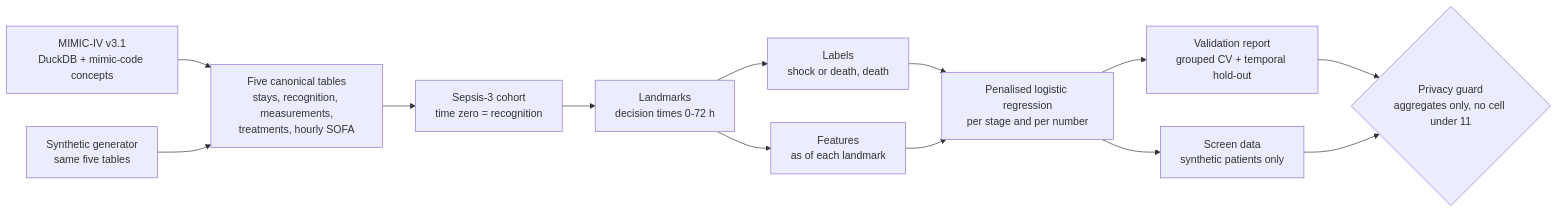
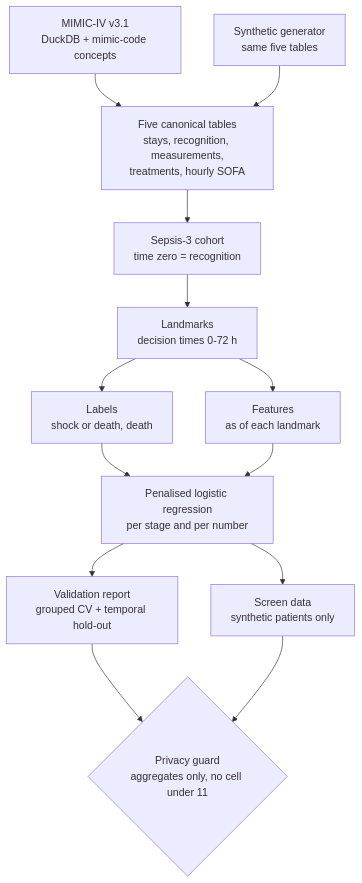
Before and after one commit to jhoonyum/sepsis-decision-support: the diagram in README.md, drawn with Mermaid. The commit also changed other lines of this file, not shown here.

````diff
--- a/README.md
+++ b/README.md
@@ -29,15 +29,15 @@
 ```mermaid
-flowchart LR
+flowchart TB
     A[MIMIC-IV v3.1<br/>DuckDB + mimic-code concepts] --> B[Five canonical tables<br/>stays, recognition, measurements,<br/>treatments, hourly SOFA]
     S[Synthetic generator<br/>same five tables] --> B
     B --> C[Sepsis-3 cohort<br/>time zero = recognition]
     C --> D[Landmarks<br/>decision times 0-72 h]
     D --> E[Labels<br/>shock or death, death]
     D --> F[Features<br/>as of each landmark]
     E --> G[Penalised logistic regression<br/>per stage and per number]
     F --> G
     G --> H[Validation report<br/>grouped CV + temporal hold-out]
     G --> I[Screen data<br/>synthetic patients only]
     H --> J{Privacy guard<br/>aggregates only, no cell under 11}
     I --> J
 ```
````
